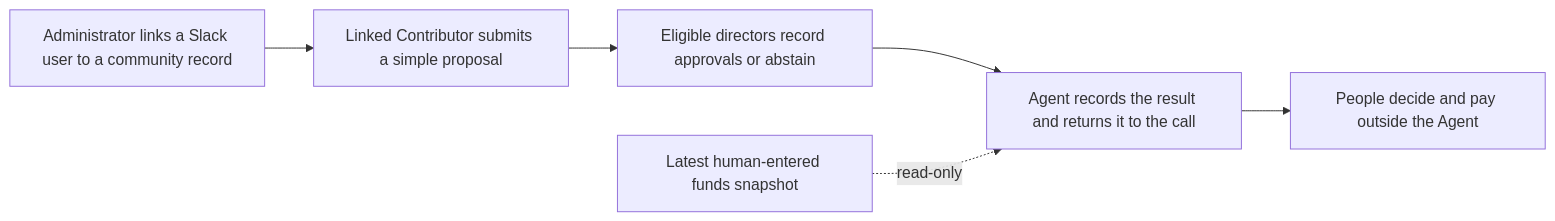
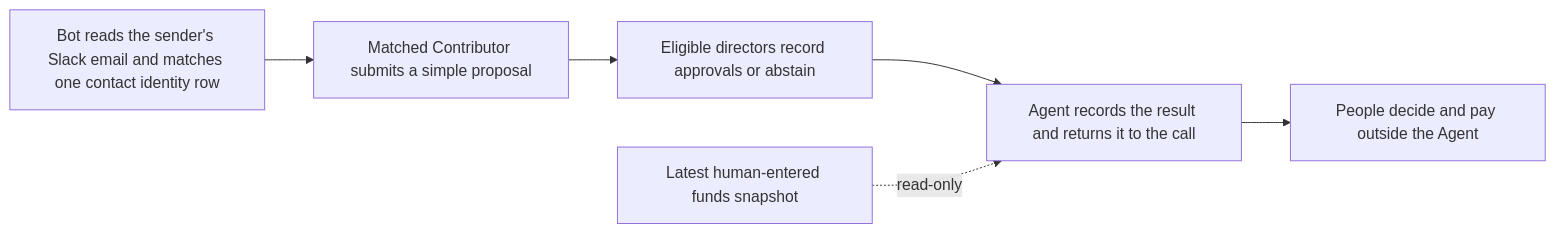
One commit to tempest2023/rein-agent changed the second of 2 diagrams in docs/architecture.md. Above: the diagram before and after it, drawn with Mermaid. The commit also changed other lines of this file and 23 other files, not shown here.

````diff
--- a/docs/architecture.md
+++ b/docs/architecture.md
@@ -77,8 +77,8 @@
 ```mermaid
 flowchart LR
-  Link[Administrator links a Slack user to a community record] --> Propose[Linked Contributor submits a simple proposal]
+  Identify[Bot reads the sender's Slack email and matches one contact identity row] --> Propose[Matched Contributor submits a simple proposal]
   Propose --> Vote[Eligible directors record approvals or abstain]
   Vote --> Result[Agent records the result and returns it to the call]
   Funds[Latest human-entered funds snapshot] -. read-only .-> Result
   Result --> Human[People decide and pay outside the Agent]
 ```
````
